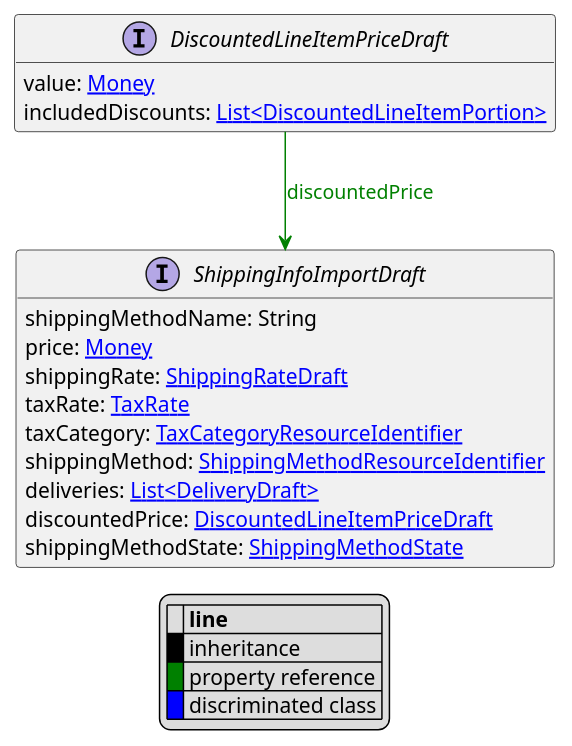
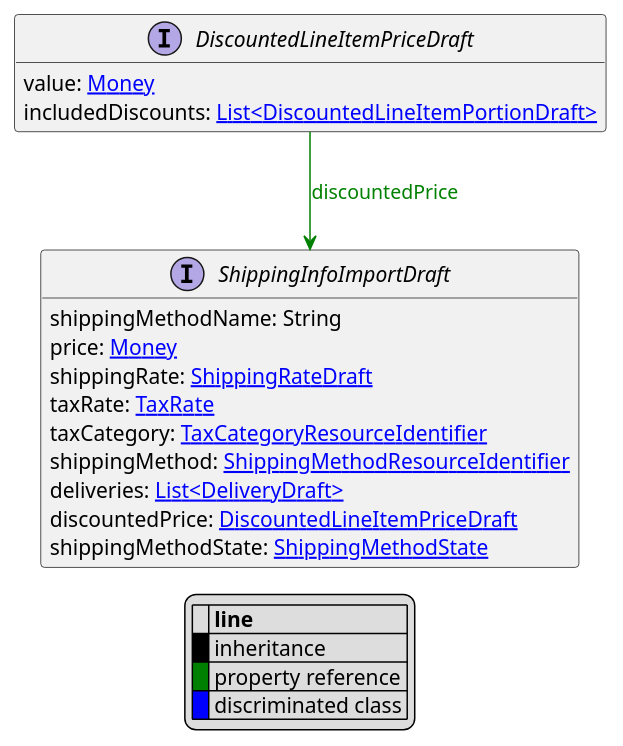
Before and after one commit to commercetools/commercetools-api-reference: the diagram in uml/api/DiscountedLineItemPriceDraft.puml, drawn with PlantUML. The commit also changed 12 other files, not shown here.

```diff
--- a/uml/api/DiscountedLineItemPriceDraft.puml
+++ b/uml/api/DiscountedLineItemPriceDraft.puml
@@ -1,31 +1,31 @@
 @startuml
 
 hide empty fields
 hide empty methods
 legend
 |= |= line |
 |<back:black>   </back>| inheritance |
 |<back:green>   </back>| property reference |
 |<back:blue>   </back>| discriminated class |
 endlegend
 interface DiscountedLineItemPriceDraft [[DiscountedLineItemPriceDraft.svg]]  {
     value: [[Money.svg Money]]
-    includedDiscounts: [[DiscountedLineItemPortion.svg List<DiscountedLineItemPortion>]]
+    includedDiscounts: [[DiscountedLineItemPortionDraft.svg List<DiscountedLineItemPortionDraft>]]
 }
 
 
 
 interface ShippingInfoImportDraft [[ShippingInfoImportDraft.svg]]  {
     shippingMethodName: String
     price: [[Money.svg Money]]
     shippingRate: [[ShippingRateDraft.svg ShippingRateDraft]]
     taxRate: [[TaxRate.svg TaxRate]]
     taxCategory: [[TaxCategoryResourceIdentifier.svg TaxCategoryResourceIdentifier]]
     shippingMethod: [[ShippingMethodResourceIdentifier.svg ShippingMethodResourceIdentifier]]
     deliveries: [[DeliveryDraft.svg List<DeliveryDraft>]]
     discountedPrice: [[DiscountedLineItemPriceDraft.svg DiscountedLineItemPriceDraft]]
     shippingMethodState: [[ShippingMethodState.svg ShippingMethodState]]
 }
 
 DiscountedLineItemPriceDraft --> ShippingInfoImportDraft #green;text:green : "discountedPrice"
 @enduml
```
